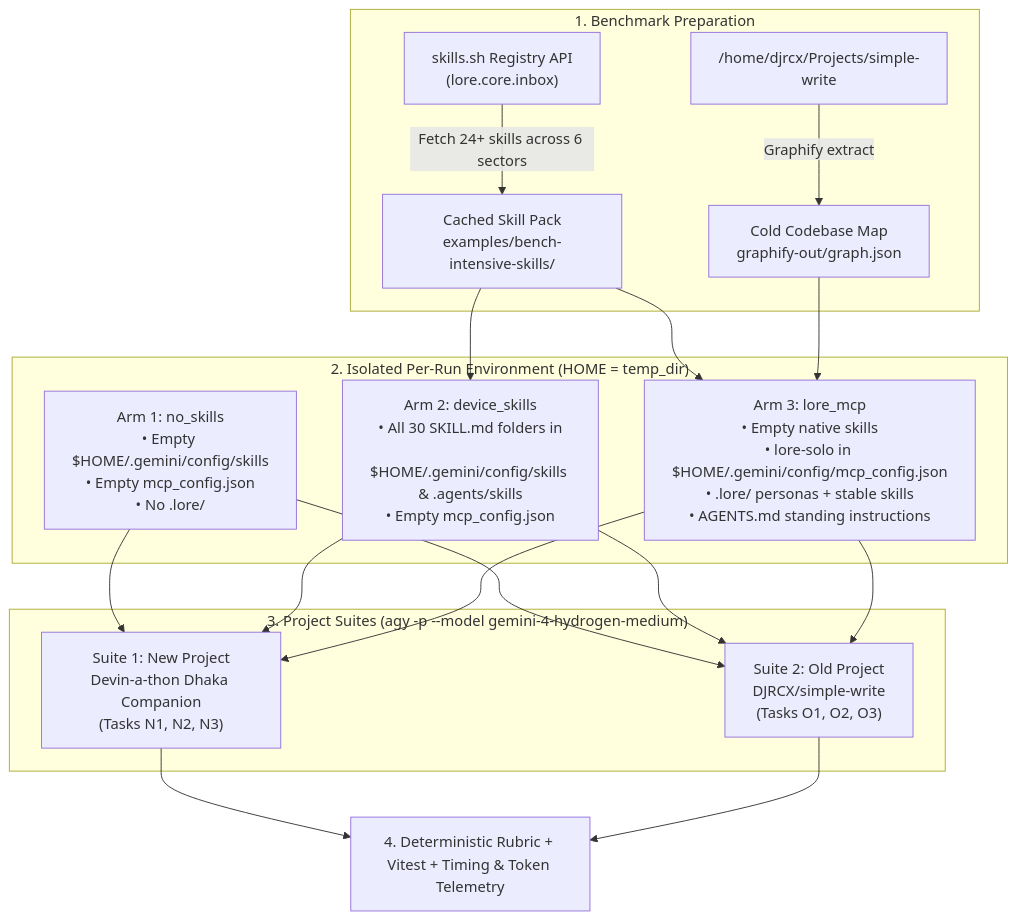
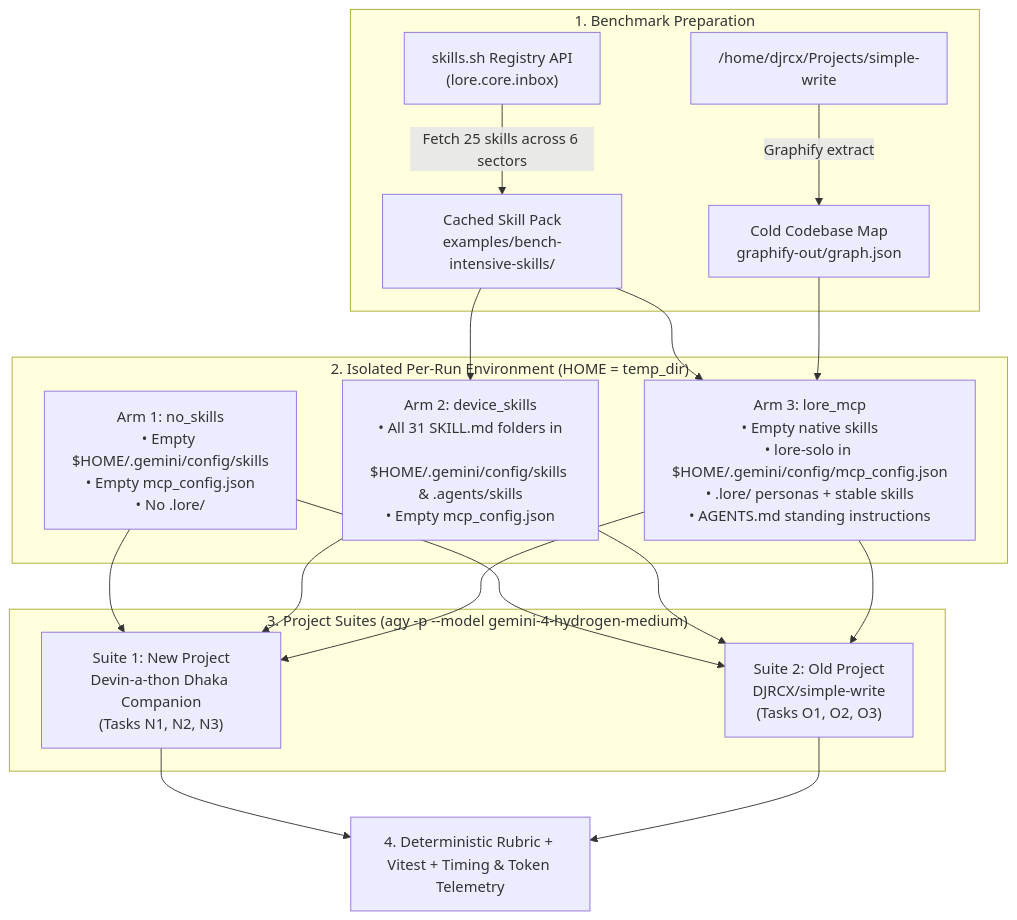
One commit to starrynight-web/LORE changed the diagram in docs/solo/INTENSIVE_BENCHMARK_PLAN.md. Above: the diagram before and after it, drawn with Mermaid. The commit also changed other lines of this file and 51 other files, not shown here.

````diff
--- a/docs/solo/INTENSIVE_BENCHMARK_PLAN.md
+++ b/docs/solo/INTENSIVE_BENCHMARK_PLAN.md
@@ -12,24 +14,24 @@
 ```mermaid
 flowchart TD
   subgraph Prep["1. Benchmark Preparation"]
-    S["skills.sh Registry API\n(lore.core.inbox)"] -->|"Fetch 24+ skills across 6 sectors"| Pack["Cached Skill Pack\nexamples/bench-intensive-skills/"]
+    S["skills.sh Registry API\n(lore.core.inbox)"] -->|"Fetch 25 skills across 6 sectors"| Pack["Cached Skill Pack\nexamples/bench-intensive-skills/"]
     SW["/home/djrcx/Projects/simple-write"] -->|"Graphify extract"| Map["Cold Codebase Map\ngraphify-out/graph.json"]
   end
 
   subgraph Arms["2. Isolated Per-Run Environment (HOME = temp_dir)"]
     A1["Arm 1: no_skills\n• Empty $HOME/.gemini/config/skills\n• Empty mcp_config.json\n• No .lore/"]
-    A2["Arm 2: device_skills\n• All 30 SKILL.md folders in\n  $HOME/.gemini/config/skills & .agents/skills\n• Empty mcp_config.json"]
+    A2["Arm 2: device_skills\n• All 31 SKILL.md folders in\n  $HOME/.gemini/config/skills & .agents/skills\n• Empty mcp_config.json"]
     A3["Arm 3: lore_mcp\n• Empty native skills\n• lore-solo in $HOME/.gemini/config/mcp_config.json\n• .lore/ personas + stable skills\n• AGENTS.md standing instructions"]
   end
 
   subgraph Suites["3. Project Suites (agy -p --model gemini-4-hydrogen-medium)"]
     P1["Suite 1: New Project\nDevin-a-thon Dhaka Companion\n(Tasks N1, N2, N3)"]
     P2["Suite 2: Old Project\nDJRCX/simple-write\n(Tasks O1, O2, O3)"]
   end
 
   Pack --> A2
   Pack --> A3
   Map --> A3
   A1 & A2 & A3 --> P1 & P2
   P1 & P2 --> Score["4. Deterministic Rubric + Vitest + Timing & Token Telemetry"]
 ```
````
